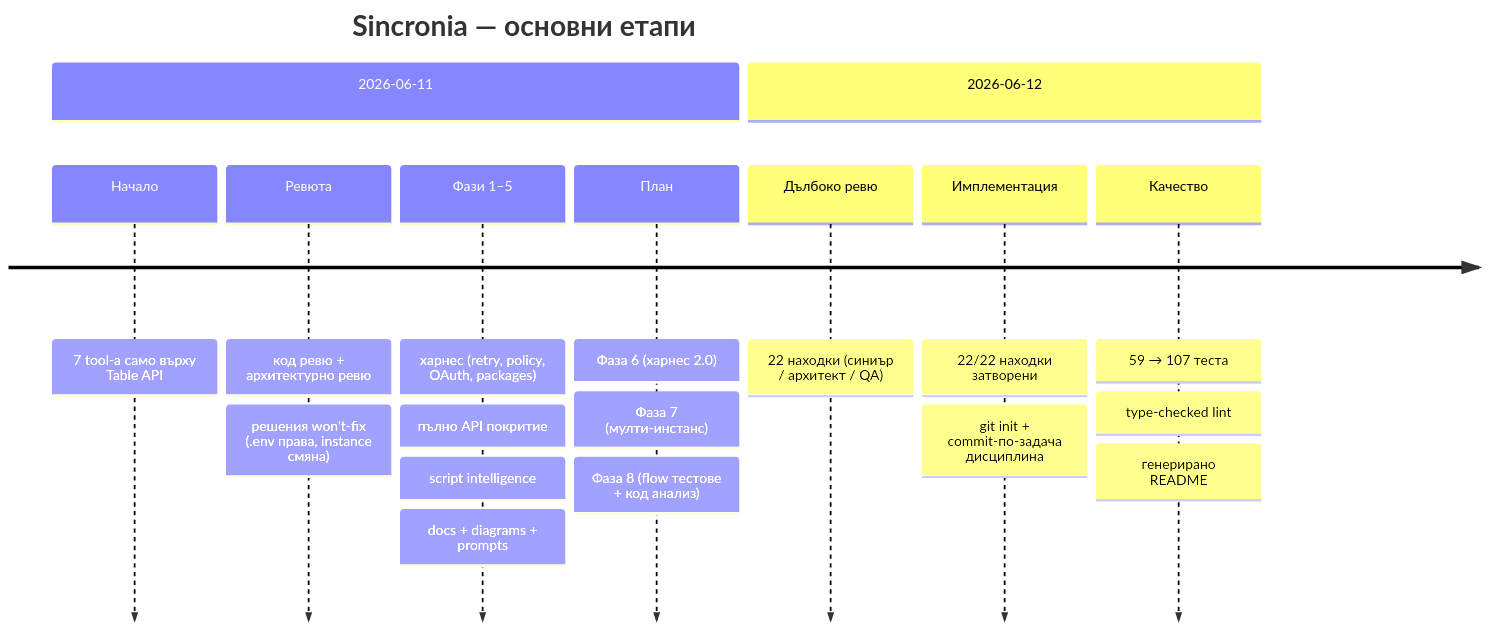
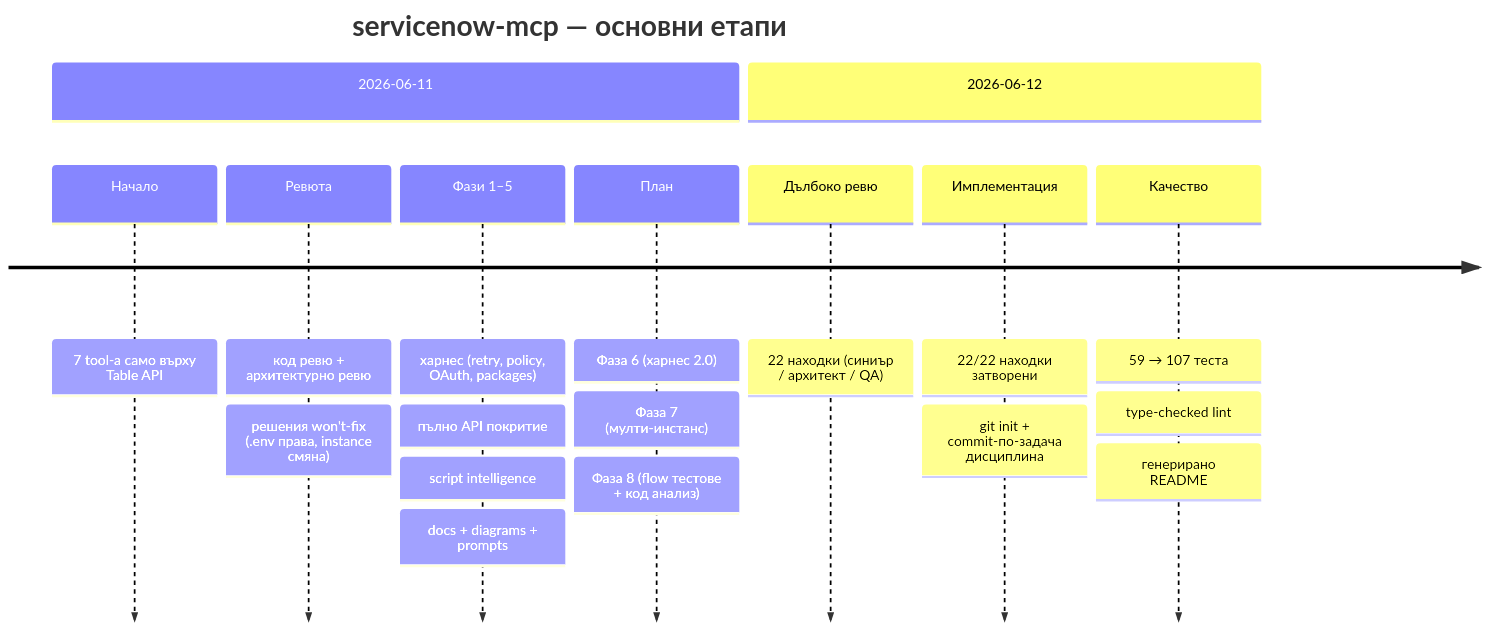
One commit to IvanBBaev/servicenow-mcp-ai changed the second of 2 diagrams in PRODUCT-STATE.md. Above: the diagram before and after it, drawn with Mermaid. The commit also changed other lines of this file and 18 other files, not shown here.

First line of the commit message:
Rebrand: sincronia-mpc → servicenow-mcp

````diff
--- a/PRODUCT-STATE.md
+++ b/PRODUCT-STATE.md
@@ -60,13 +60,13 @@
 ```mermaid
 timeline
-    title Sincronia — основни етапи
+    title servicenow-mcp — основни етапи
     section 2026-06-11
         Начало : 7 tool-а само върху Table API
         Ревюта : код ревю + архитектурно ревю : решения won't-fix (.env права, instance смяна)
         Фази 1–5 : харнес (retry, policy, OAuth, packages) : пълно API покритие : script intelligence : docs + diagrams + prompts
         План : Фаза 6 (харнес 2.0) : Фаза 7 (мулти-инстанс) : Фаза 8 (flow тестове + код анализ)
     section 2026-06-12
         Дълбоко ревю : 22 находки (синиър / архитект / QA)
         Имплементация : 22/22 находки затворени : git init + commit-по-задача дисциплина
         Качество : 59 → 107 теста : type-checked lint : генерирано README
 ```
````
